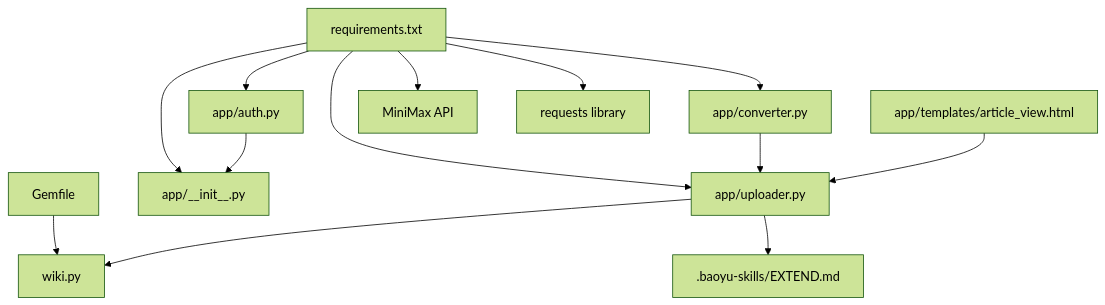
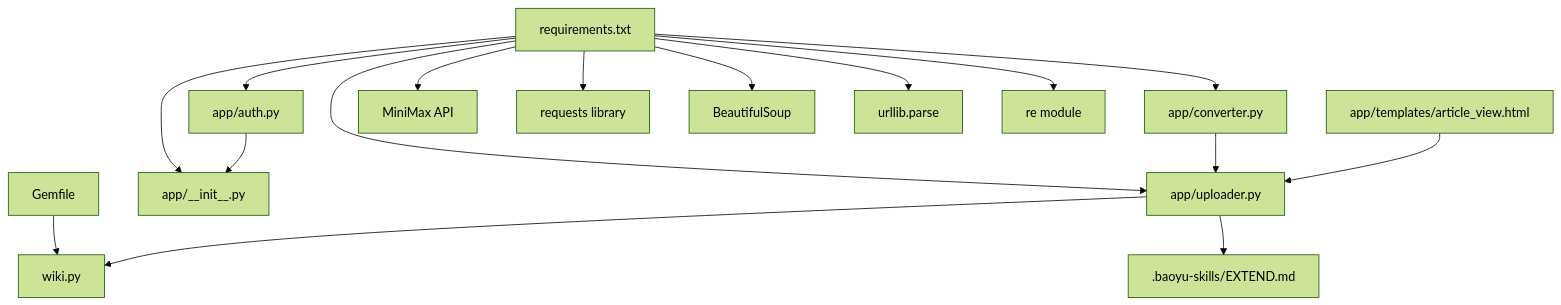
Diagram 16 of 17 in .qoder/repowiki/en/content/Frontend Application/Article Presentation System/Article Presentation System.md (PolarisW007/PolaZhenJing), drawn with Mermaid (forest theme) before and after one commit. The commit also changed other lines of this file and 333 other files, not shown here.

````diff
--- a/.qoder/repowiki/en/content/Frontend Application/Article Presentation System/Article Presentation System.md
+++ b/.qoder/repowiki/en/content/Frontend Application/Article Presentation System/Article Presentation System.md
@@ -774,26 +853,32 @@
 ```mermaid
 graph TB
 Req["requirements.txt"]
 Gem["Gemfile"]
 A_init["app/__init__.py"]
 A_auth["app/auth.py"]
 A_conv["app/converter.py"]
 A_up["app/uploader.py"]
 A_view["app/templates/article_view.html"]
 Wiki["wiki.py"]
 LLM["MiniMax API"]
 REQ["requests library"]
+BS4["BeautifulSoup"]
+URLLIB["urllib.parse"]
+RE["re module"]
 AIS[".baoyu-skills/EXTEND.md"]
 Req --> A_init
 Req --> A_auth
 Req --> A_conv
 Req --> A_up
 Req --> LLM
 Req --> REQ
+Req --> BS4
+Req --> URLLIB
+Req --> RE
 Gem --> Wiki
 A_up --> Wiki
 A_up --> AIS
 A_auth --> A_init
 A_conv --> A_up
 A_view --> A_up
 ```
````
